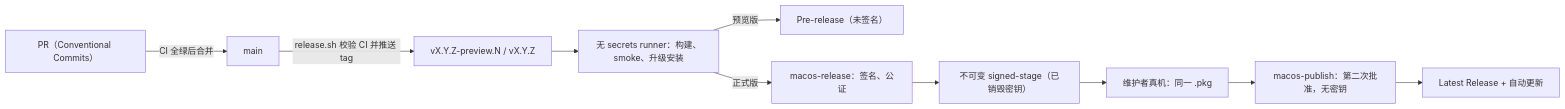
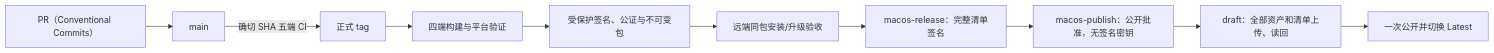
Before and after one commit to scholay/xsime: the diagram in docs/release/README.md, drawn with Mermaid. The commit also changed other lines of this file and 74 other files, not shown here.

First line of the commit message:
fix(release): publish signed updates atomically and harden installation

````diff
--- a/docs/release/README.md
+++ b/docs/release/README.md
@@ -38,12 +49,12 @@
 ```mermaid
 flowchart LR
-  PR["PR（Conventional Commits）"] -->|CI 全绿后合并| main
-  main -->|release.sh 校验 CI 并推送 tag| tag["vX.Y.Z-preview.N / vX.Y.Z"]
-  tag --> build["无 secrets runner：构建、smoke、升级安装"]
-  build -->|预览版| pre["Pre-release（未签名）"]
-  build -->|正式版| sign["macos-release：签名、公证"]
-  sign --> stage["不可变 signed-stage（已销毁密钥）"]
-  stage --> rehearse["维护者真机：同一 .pkg"]
-  rehearse --> publish["macos-publish：第二次批准，无密钥"]
-  publish --> latest["Latest Release + 自动更新"]
+  PR["PR（Conventional Commits）"] --> main
+  main -->|确切 SHA 五端 CI| tag["正式 tag"]
+  tag --> build["四端构建与平台验证"]
+  build --> sign["受保护签名、公证与不可变包"]
+  sign --> install["远端同包安装/升级验收"]
+  install --> feed["macos-release：完整清单签名"]
+  feed --> approve["macos-publish：公开批准，无签名密钥"]
+  approve --> draft["draft：全部资产和清单上传、读回"]
+  draft --> latest["一次公开并切换 Latest"]
 ```
````
